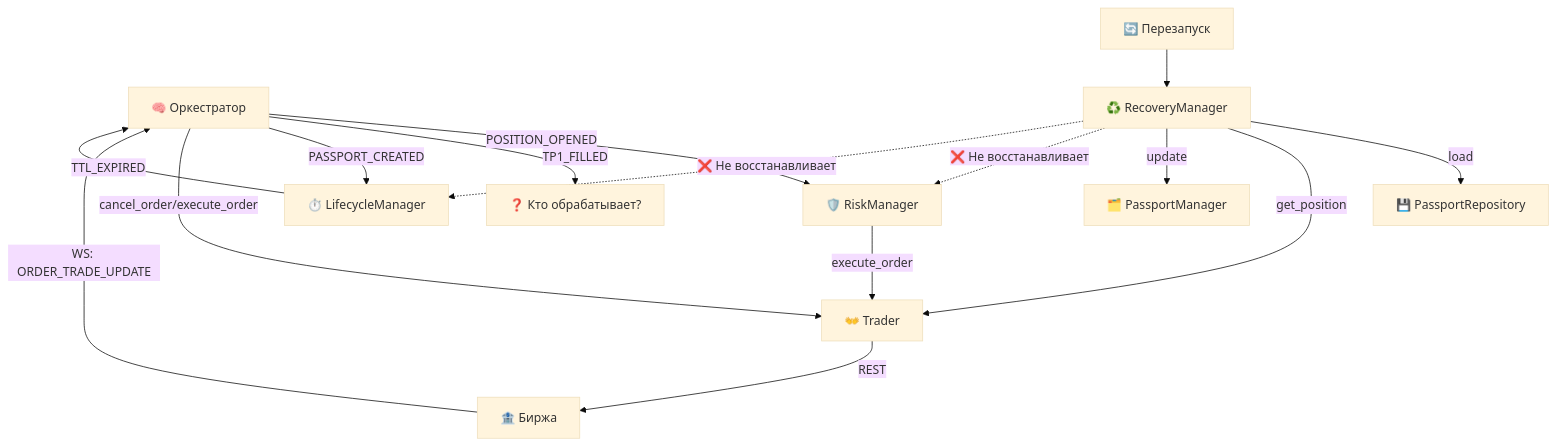
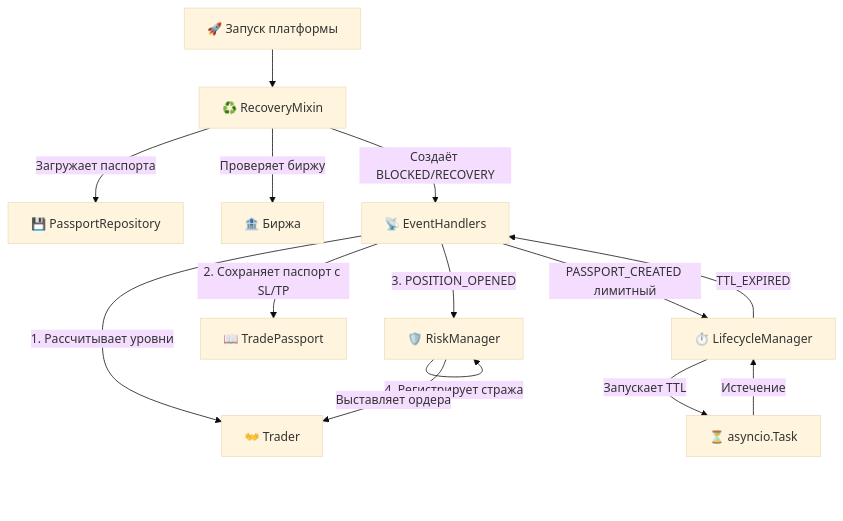
The diagram in Манифест/04_RISK_LIFECYCLE.md (mikl210969/PLATO), drawn with Mermaid (base theme) before and after one commit. The commit also changed other lines of this file and 12 other files, not shown here.

````diff
--- a/Манифест/04_RISK_LIFECYCLE.md
+++ b/Манифест/04_RISK_LIFECYCLE.md
@@ -280,19 +11,17 @@
 ```mermaid
 graph TD
-    Orchestrator[🧠 Оркестратор] -->|POSITION_OPENED| RiskManager[🛡️ RiskManager]
-    RiskManager -->|execute_order| Trader[👐 Trader]
-    Trader -->|REST| Exchange[🏦 Биржа]
-    Exchange -->|WS: ORDER_TRADE_UPDATE| Orchestrator
-    Orchestrator -->|TP1_FILLED| ???[❓ Кто обрабатывает?]
-    
-    Orchestrator -->|PASSPORT_CREATED| Lifecycle[⏱️ LifecycleManager]
-    Lifecycle -->|TTL_EXPIRED| Orchestrator
-    Orchestrator -->|cancel_order/execute_order| Trader
-    
-    Restart[🔄 Перезапуск] --> Recovery[♻️ RecoveryManager]
-    Recovery -->|load| Repo[💾 PassportRepository]
-    Recovery -->|get_position| Trader
-    Recovery -->|update| PassportManager[🗂️ PassportManager]
-    Recovery -.->|❌ Не восстанавливает| RiskManager
-    Recovery -.->|❌ Не восстанавливает| Lifecycle
+    Handlers[📡 EventHandlers] -->|1. Рассчитывает уровни| Trader[👐 Trader]
+    Handlers -->|2. Сохраняет паспорт с SL/TP| Passport[📖 TradePassport]
+    Handlers -->|3. POSITION_OPENED| Risk[🛡️ RiskManager]
+    Risk -->|Проверяет sl_price != 0| Risk
+    Risk -->|4. Регистрирует стража| Risk
+    Risk -->|Выставляет ордера| Trader
+    Handlers -->|PASSPORT_CREATED лимитный| Lifecycle[⏱️ LifecycleManager]
+    Lifecycle -->|Запускает TTL| Timer[⏳ asyncio.Task]
+    Timer -->|Истечение| Lifecycle
+    Lifecycle -->|TTL_EXPIRED| Handlers
+    Start[🚀 Запуск платформы] --> Recovery[♻️ RecoveryMixin]
+    Recovery -->|Загружает паспорта| Repo[💾 PassportRepository]
+    Recovery -->|Проверяет биржу| Exchange[🏦 Биржа]
+    Recovery -->|Создаёт BLOCKED/RECOVERY| Handlers
 ```
````
